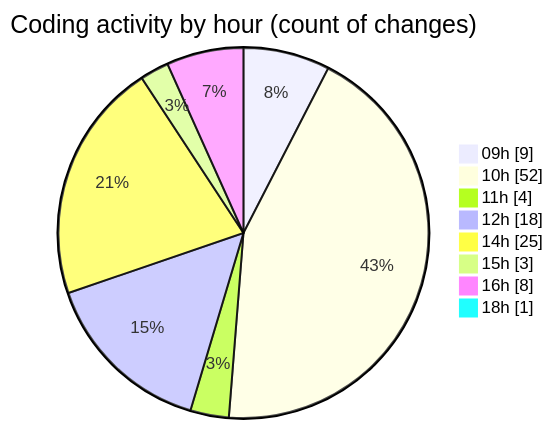
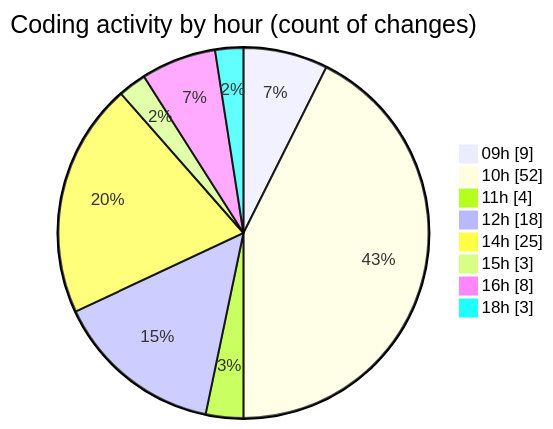
One commit to momahboobian/code-tracking changed the second of 2 diagrams in 2026-09-01/cda/README.md. Above: the diagram before and after it, drawn with Mermaid. The commit also changed other lines of this file and 1 other file, not shown here.

````diff
--- a/2026-09-01/cda/README.md
+++ b/2026-09-01/cda/README.md
@@ -92,12 +92,12 @@
 ```mermaid
 pie showData
 title Coding activity by hour (count of changes)
 "09h" : 9
 "10h" : 52
 "11h" : 4
 "12h" : 18
 "14h" : 25
 "15h" : 3
 "16h" : 8
-"18h" : 1
+"18h" : 3
 ```
````
